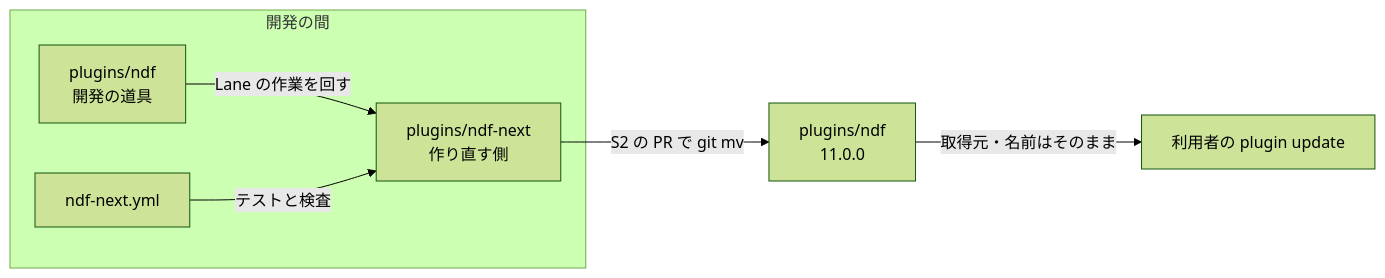
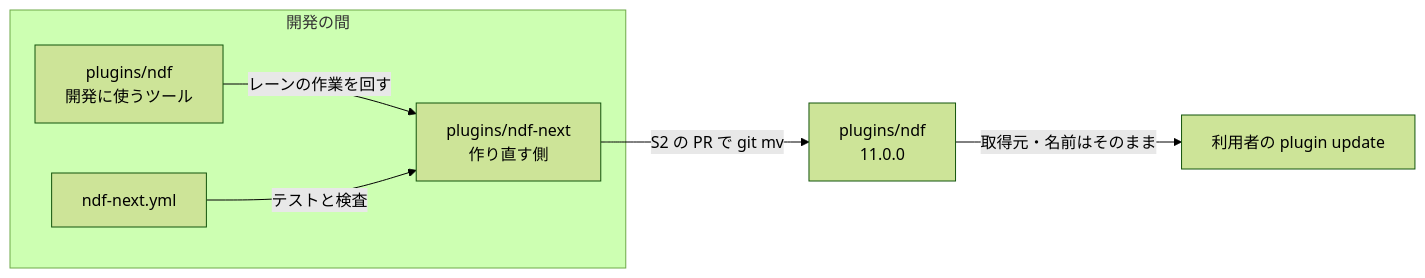
One commit to devbasex/ai-plugins changed the diagram in issues/issue-1142-design-next.md. Above: the diagram before and after it, drawn with Mermaid (forest theme). The commit also changed other lines of this file and 1 other file, not shown here.

````diff
--- a/issues/issue-1142-design-next.md
+++ b/issues/issue-1142-design-next.md
@@ -125,9 +117,9 @@
 ```mermaid
 graph LR
     subgraph 開発の間
-        OLD[plugins/ndf<br>開発の道具] -->|Lane の作業を回す| NEXT[plugins/ndf-next<br>作り直す側]
+        OLD[plugins/ndf<br>開発に使うツール] -->|レーンの作業を回す| NEXT[plugins/ndf-next<br>作り直す側]
         CI[ndf-next.yml] -->|テストと検査| NEXT
     end
     NEXT -->|S2 の PR で git mv| NEW[plugins/ndf<br>11.0.0]
     NEW -->|取得元・名前はそのまま| USER[利用者の plugin update]
 ```
````
